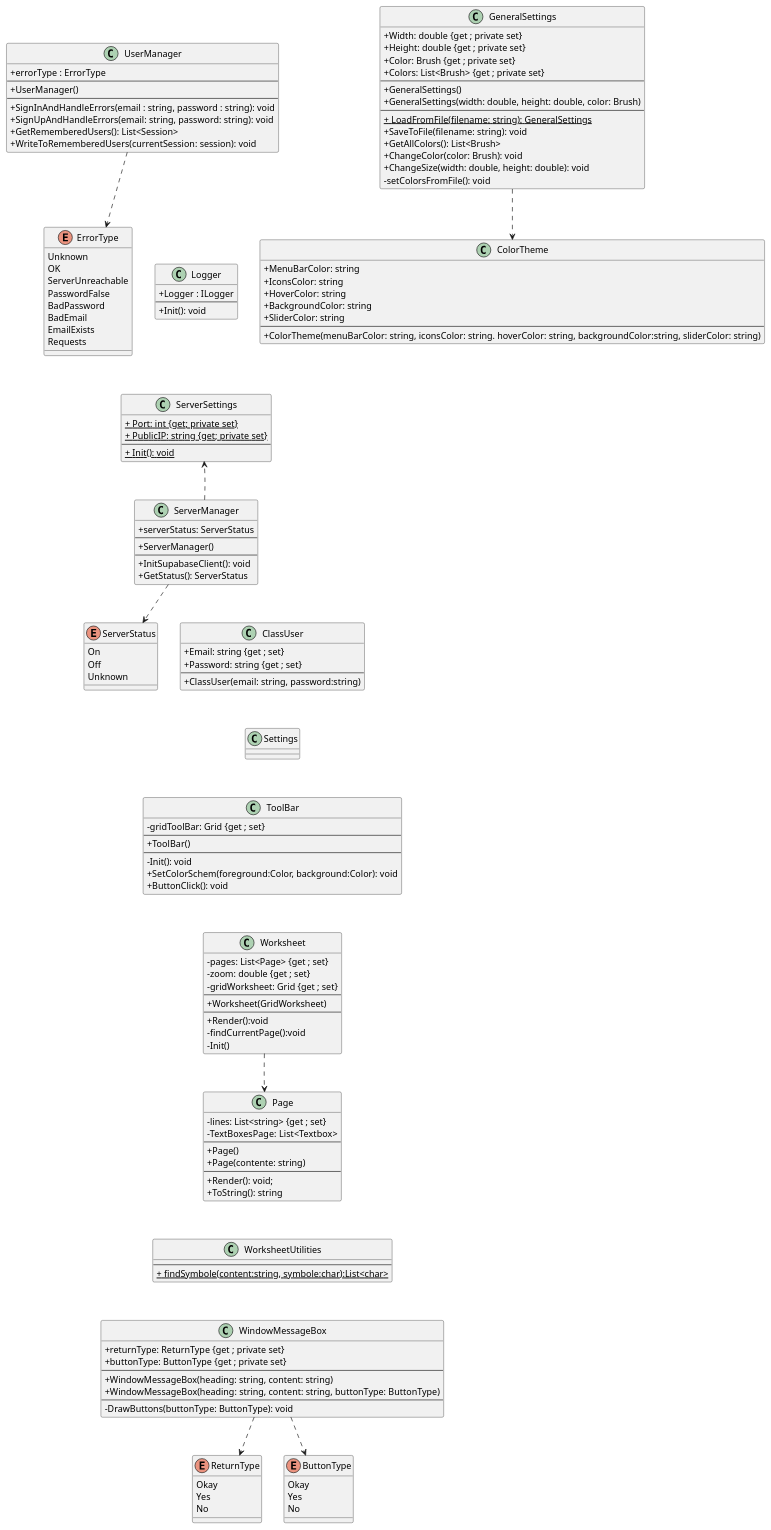
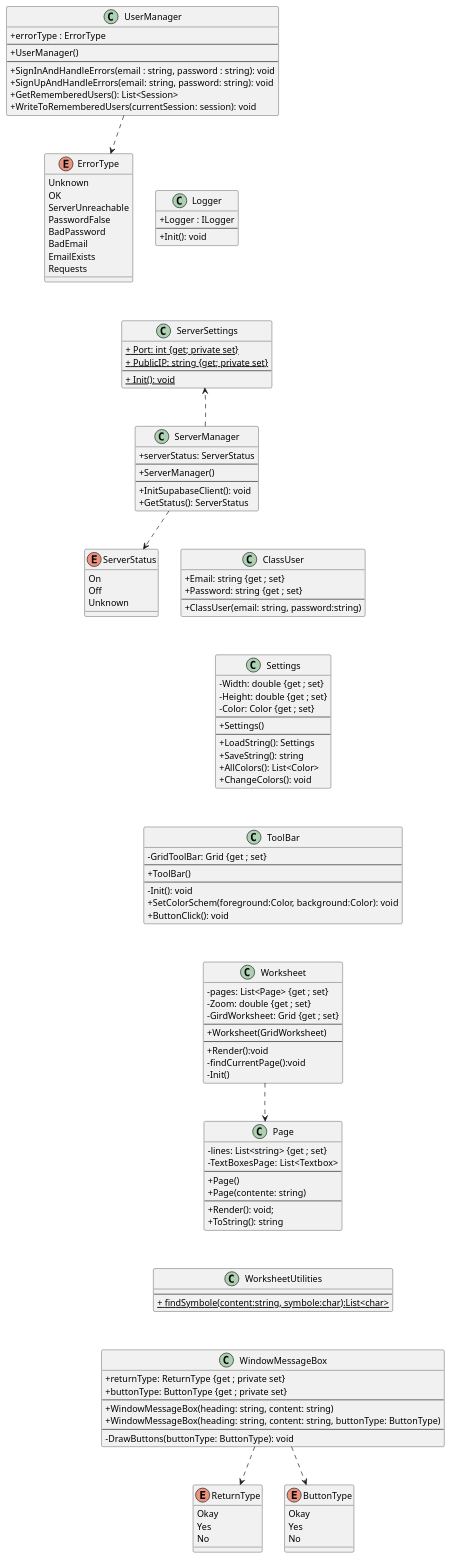
One commit to potexxi/MarkIt changed the diagram in doc/idea.md. Above: the diagram before and after it, drawn with PlantUML. The commit also changed 2 other files, not shown here.

Commit message:
Revert "Features/general settings" (#33)

```diff
--- a/doc/idea.md
+++ b/doc/idea.md
@@ -125,37 +125,21 @@
     + ClassUser(email: string, password:string)
 }
 
-class GeneralSettings{
-    + Width: double {get ; private set}
-    + Height: double {get ; private set}
-    + Color: Brush {get ; private set}
-    + Colors: List<Brush> {get ; private set}
+class Settings{
+    - Width: double {get ; set}
+    - Height: double {get ; set}
+    - Color: Color {get ; set}
     --
-    + GeneralSettings()
-    + GeneralSettings(width: double, height: double, color: Brush)
+    + Settings()
     --
-    <u>+ LoadFromFile(filename: string): GeneralSettings
-    + SaveToFile(filename: string): void
-    + GetAllColors(): List<Brush>
-    + ChangeColor(color: Brush): void
-    + ChangeSize(width: double, height: double): void
-    - setColorsFromFile(): void
+    + LoadString(): Settings
+    + SaveString(): string
+    + AllColors(): List<Color>
+    + ChangeColors(): void
 }
 
-class ColorTheme{
-    + MenuBarColor: string
-    + IconsColor: string
-    + HoverColor: string
-    + BackgroundColor: string
-    + SliderColor: string
-    --
-    + ColorTheme(menuBarColor: string, iconsColor: string. hoverColor: string, backgroundColor:string, sliderColor: string)
-}
-
-GeneralSettings ..> ColorTheme
-
 class ToolBar{
-    - gridToolBar: Grid {get ; set}
+    - GridToolBar: Grid {get ; set}
     --
     + ToolBar()
     --
@@ -166,8 +150,8 @@
 
 class Worksheet{
     - pages: List<Page> {get ; set}
-    - zoom: double {get ; set}
-    - gridWorksheet: Grid {get ; set}
+    - Zoom: double {get ; set}
+    - GirdWorksheet: Grid {get ; set}
     --
     + Worksheet(GridWorksheet)
     --
```
